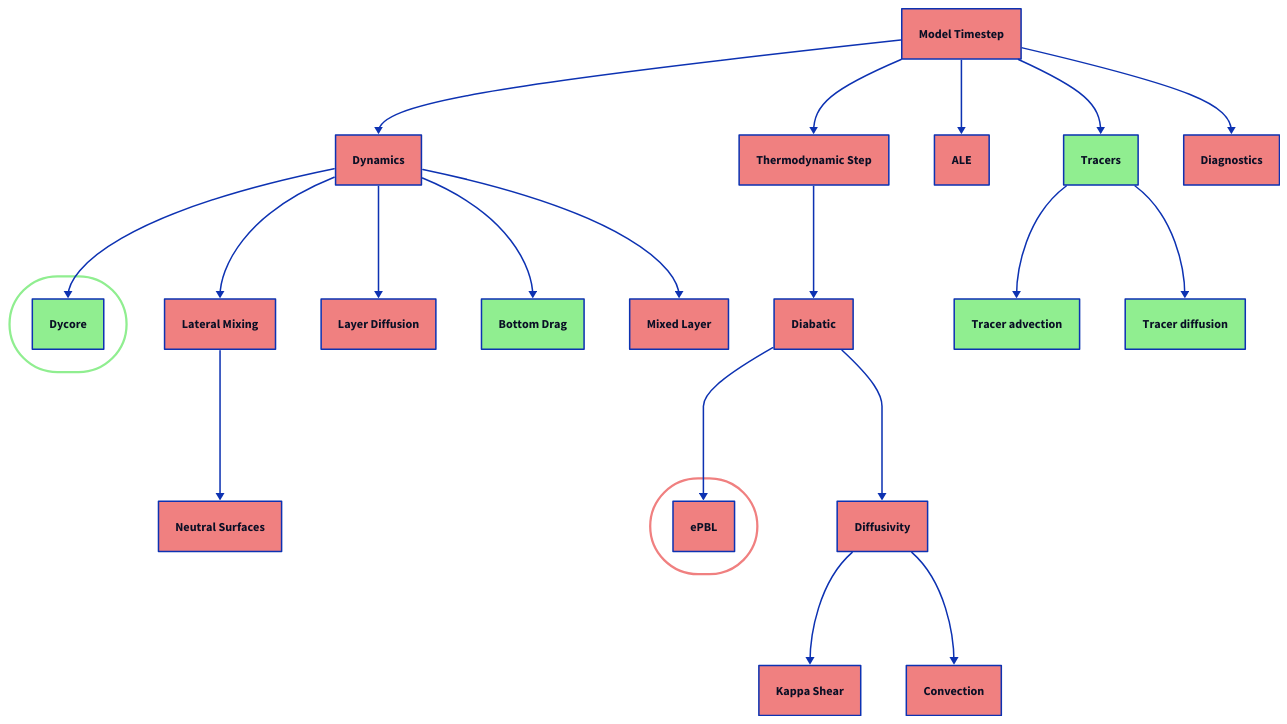
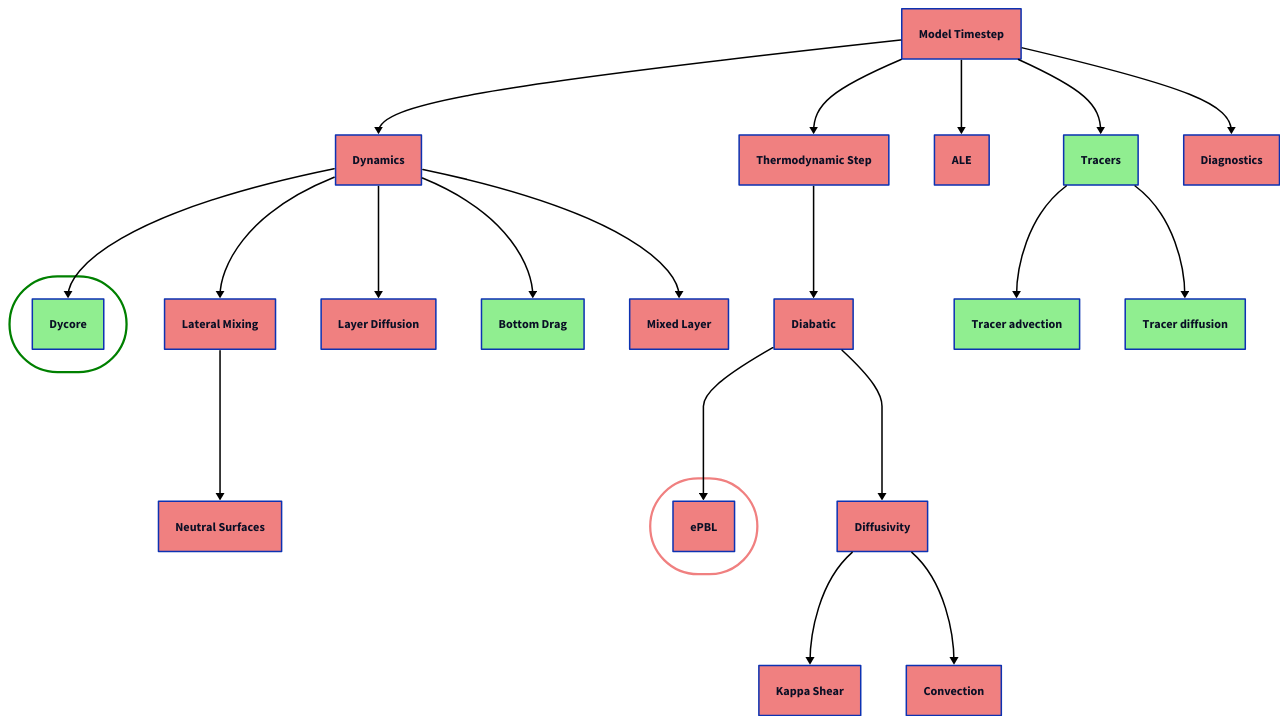
The diagram in d2/mom6code.d2 (marshallward/openhackathon2026), drawn with D2 before and after one commit. The commit also changed 3 other files, not shown here.

```diff
--- a/d2/mom6code.d2
+++ b/d2/mom6code.d2
@@ -1,194 +1,194 @@
 style.fill: transparent
 
 step_mom: {
     label: Model Timestep
     style.fill: lightcoral
 }
 
 step_mom -> step_mom_dynamics {
-    #style.stroke: white
+    style.stroke: black
 }
 step_mom -> step_mom_thermo {
-    #style.stroke: white
+    style.stroke: black
 }
 step_mom -> ale_regridding_and_remapping {
-    #style.stroke: white
+    style.stroke: black
 }
 step_mom -> step_mom_tracer_dyn {
-    #style.stroke: white
+    style.stroke: black
 }
 step_mom -> calculate_diagnostic_fields {
-    #style.stroke: white
+    style.stroke: black
 }
 
 # Dynamics
 
 step_mom_dynamics: {
     label: Dynamics
     style.fill: lightcoral
 }
 
 step_mom_dynamics -> dycore.step_mom_dyn_split_RK2 {
-    #style.stroke: white
+    style.stroke: black
 }
 step_mom_dynamics -> calc_slope_functions {
-    #style.stroke: white
+    style.stroke: black
 }
 step_mom_dynamics -> thickness_diffuse {
-    #style.stroke: white
+    style.stroke: black
 }
 step_mom_dynamics -> set_viscous_BBL {
-    #style.stroke: white
+    style.stroke: black
 }
 step_mom_dynamics -> mixedlayer_restrat {
-    #style.stroke: white
+    style.stroke: black
 }
 
 
 # Dycore
 
 dycore: {
   label: ""
   style.fill: transparent
-  style.stroke: lightgreen
+  style.stroke: green
   style.stroke-width: 3
   style.border-radius: 999
 
   step_mom_dyn_split_RK2: {
       label: Dycore
       style.fill: lightgreen
   }
 }
 
 
 # Lateral mixing coefficients
 
 calc_slope_functions: {
     label: Lateral Mixing
     style.fill: lightcoral
 }
 
 thickness_diffuse: {
     label: Layer Diffusion
     style.fill: lightcoral
 }
 
 set_viscous_BBL: {
     label: Bottom Drag
     style.fill: lightgreen
 }
 
 mixedlayer_restrat: {
     label: Mixed Layer
     style.fill: lightcoral
 }
 
 
 calc_slope_functions -> calc_isoneutral_slopes {
-    #style.stroke: white
+    style.stroke: black
 }
 #calc_slope_functions -> valc_visbeck_coeffs_old
 
 calc_isoneutral_slopes: {
     label: Neutral Surfaces
     style.fill: lightcoral
 }
 
 
 # Thermo
 
 step_mom_thermo: {
     label: Thermodynamic Step
     style.fill: lightcoral
 }
 
 step_mom_thermo -> diabatic {
-    #style.stroke: white
+    style.stroke: black
 }
 diabatic -> epbl.energetic_pbl {
-    #style.stroke: white
+    style.stroke: black
 }
 diabatic -> set_diffusivity {
-    #style.stroke: white
+    style.stroke: black
 }
 #diabatic -> applyboundaryfluxesinout
 
 diabatic: {
     label: Diabatic
     style.fill: lightcoral
 }
 
 epbl: {
   label: ""
   style.fill: transparent
   style.stroke: lightcoral
   style.stroke-width: 3
   style.border-radius: 999
 
   energetic_pbl: {
       label: ePBL
       style.fill: lightcoral
   }
 }
 
 set_diffusivity: {
     label: Diffusivity
     style.fill: lightcoral
 }
 
 set_diffusivity -> kappa_shear_vertex {
-    #style.stroke: white
+    style.stroke: black
 }
 set_diffusivity -> full_convection {
-    #style.stroke: white
+    style.stroke: black
 }
 
 kappa_shear_vertex: {
     label: Kappa Shear
     style.fill: lightcoral
 }
 
 full_convection: {
     label: Convection
     style.fill: lightcoral
 }
 
 
 # ALE
 
 ale_regridding_and_remapping: {
     label: ALE
     style.fill: lightcoral
 }
 
 # Tracers
 
 step_mom_tracer_dyn: {
     label: Tracers
     style.fill: lightgreen
 }
 
 step_mom_tracer_dyn -> tracer_advect {
-    #style.stroke: white
+    style.stroke: black
 }
 step_mom_tracer_dyn -> tracer_hordiff {
-    #style.stroke: white
+    style.stroke: black
 }
 #step_mom_tracer_dyn -> tracer_vertdiff
 
 tracer_advect: {
     label: Tracer advection
     style.fill: lightgreen
 }
 
 tracer_hordiff: {
     label: Tracer diffusion
     style.fill: lightgreen
 }
 
 # Diagnostics
 
 calculate_diagnostic_fields: {
     label: Diagnostics
     style.fill: lightcoral
 }
```
